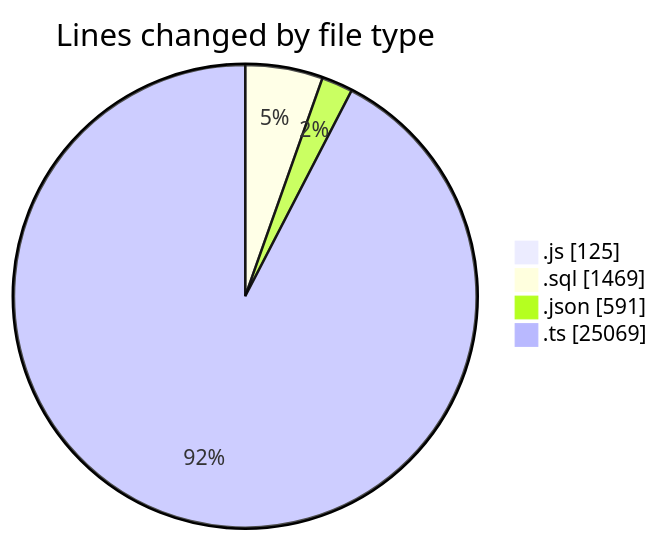
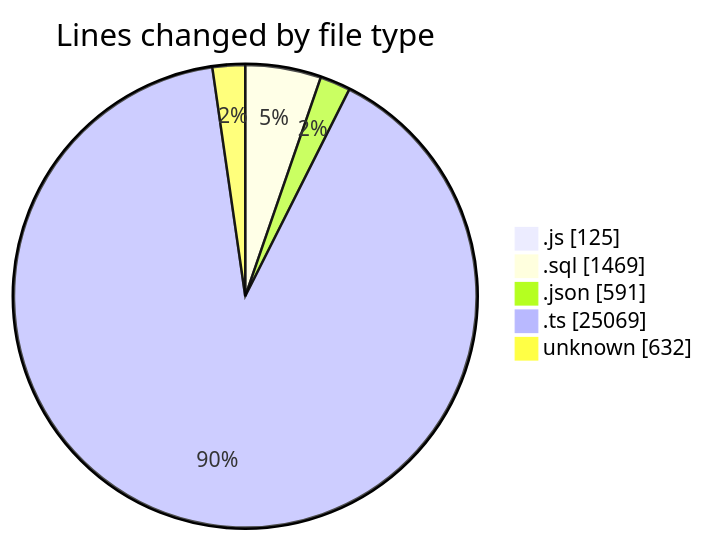
One commit to momahboobian/code-tracking changed the first of 2 diagrams in 2026-05-20/cda/README.md. Above: the diagram before and after it, drawn with Mermaid. The commit also changed other lines of this file and 1 other file, not shown here.

````diff
--- a/2026-05-20/cda/README.md
+++ b/2026-05-20/cda/README.md
@@ -39,8 +40,9 @@
 ```mermaid
 pie showData
 title Lines changed by file type
 ".js" : 125
 ".sql" : 1469
 ".json" : 591
 ".ts" : 25069
+"unknown" : 632
 ```
````
